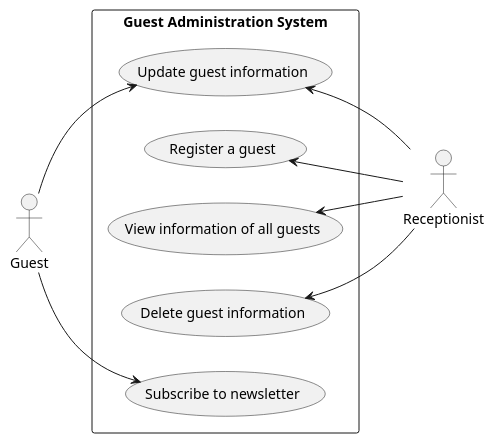
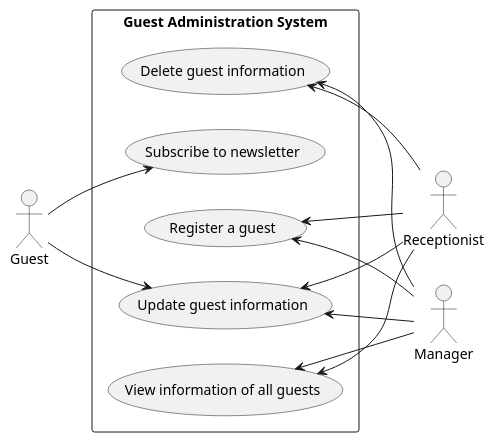
The diagram in src/main/docs/uml/use-case/generic/guest.puml (mrjink/molveno), drawn with PlantUML before and after one commit. The commit also changed 3 other files, not shown here.

```diff
--- a/src/main/docs/uml/use-case/generic/guest.puml
+++ b/src/main/docs/uml/use-case/generic/guest.puml
@@ -1,20 +1,26 @@
 @startuml
 
 left to right direction
 
 actor Receptionist
 actor Guest
+actor Manager
 
 rectangle "Guest Administration System" {
     (Update guest information) as (Update)
 
     (Register a guest) <-- Receptionist
     (View information of all guests) <-- Receptionist
     (Delete guest information) <-- Receptionist
     (Update) <-- Receptionist
 
+    (Register a guest) <-- Manager
+    (View information of all guests) <-- Manager
+    (Delete guest information) <-- Manager
+    (Update) <-- Manager
+
     Guest --> (Update)
     Guest --> (Subscribe to newsletter)
 }
 
 @enduml
```
